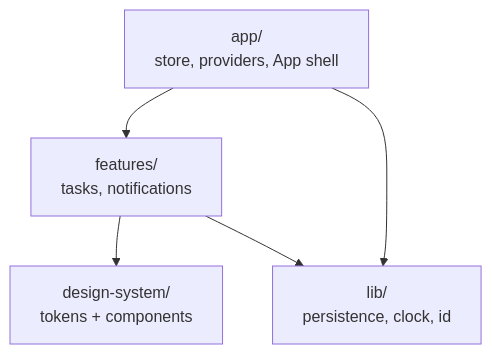
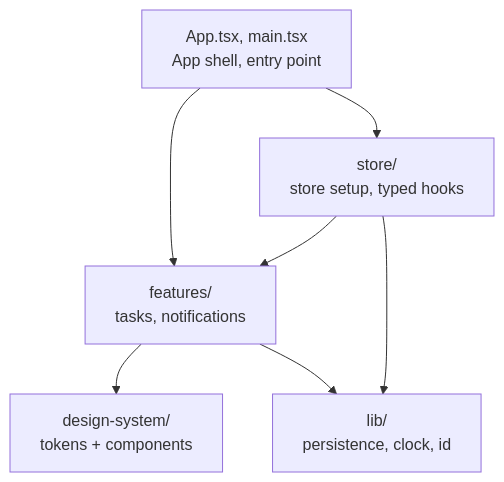
The second of 3 diagrams in docs/architecture/overview.md (madhusankadilan/tdd-react-redux-todo-app), drawn with Mermaid before and after one commit. The commit also changed other lines of this file and 3 other files, not shown here.

````diff
--- a/docs/architecture/overview.md
+++ b/docs/architecture/overview.md
@@ -38,7 +38,9 @@
 ```mermaid
 flowchart TD
-  App["app/<br/>store, providers, App shell"] --> Features
+  Shell["App.tsx, main.tsx<br/>App shell, entry point"] --> Store
+  Shell --> Features
+  Store["store/<br/>store setup, typed hooks"] --> Features
   Features["features/<br/>tasks, notifications"] --> DS["design-system/<br/>tokens + components"]
   Features --> Lib["lib/<br/>persistence, clock, id"]
-  App --> Lib
+  Store --> Lib
 ```
````
